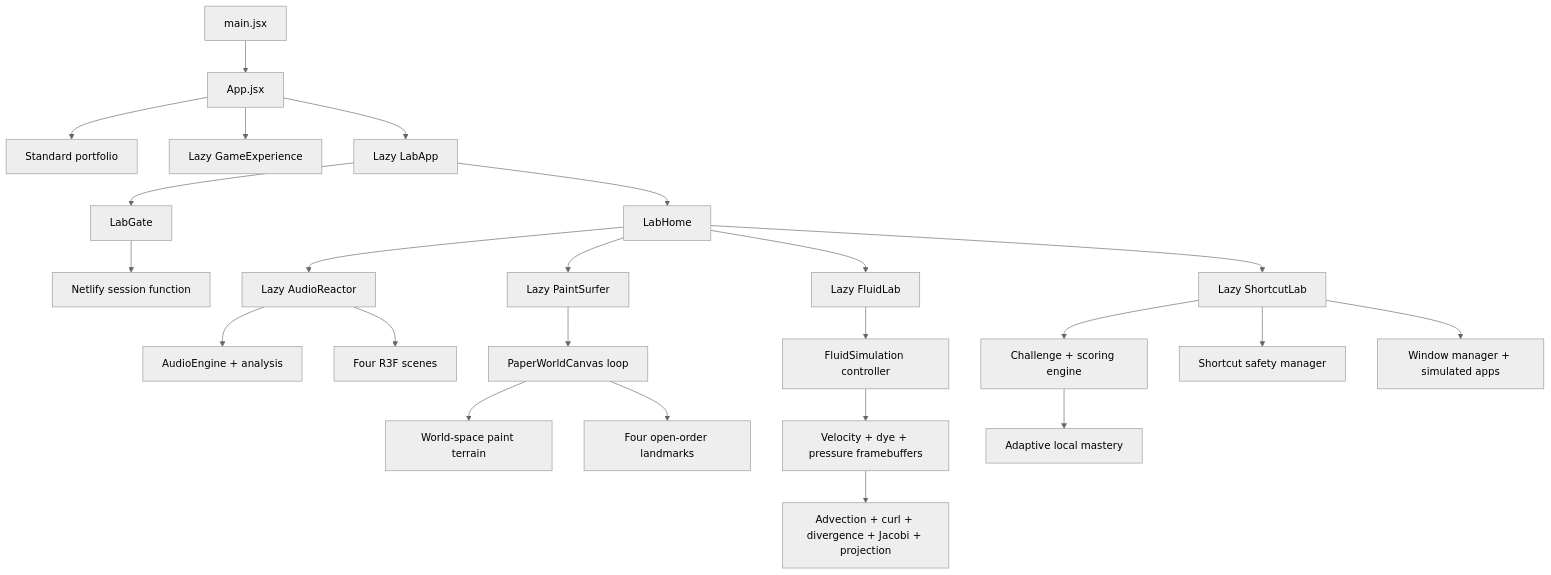
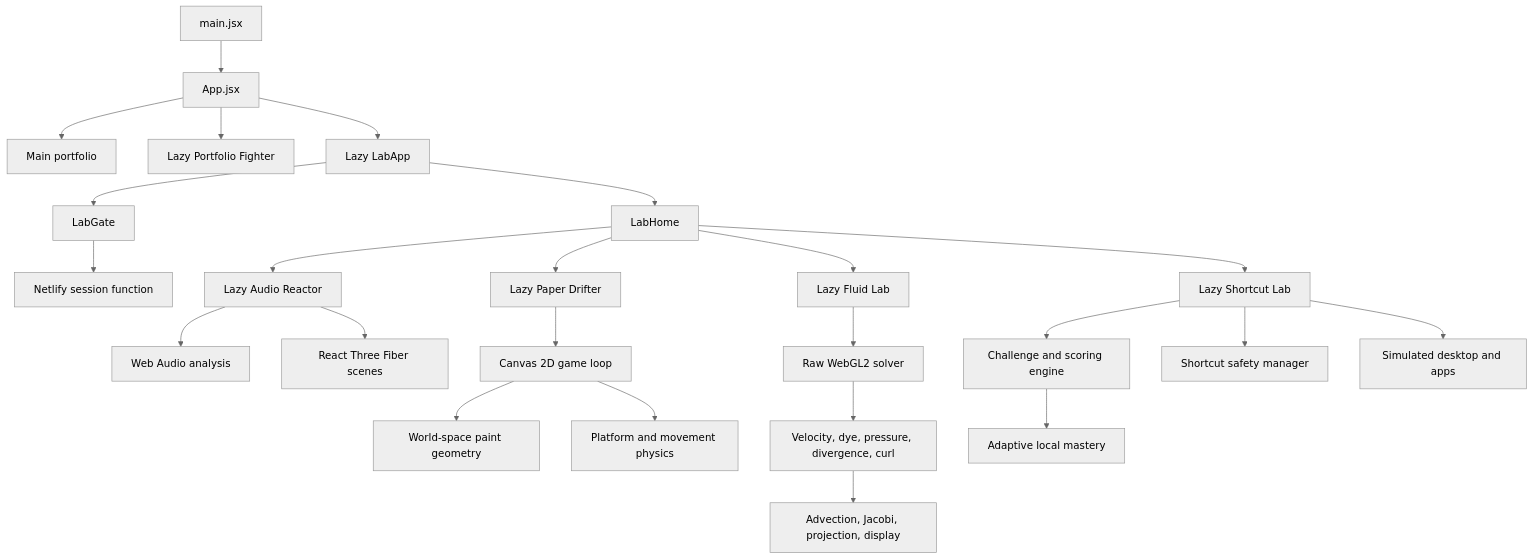
One commit to Priitivi/Portfolio changed the diagram in README.md. Above: the diagram before and after it, drawn with Mermaid (neutral theme). The commit also changed other lines of this file, not shown here.

````diff
--- a/README.md
+++ b/README.md
@@ -50,26 +157,33 @@
 ```mermaid
 flowchart TD
     Entry[main.jsx] --> App[App.jsx]
-    App --> Portfolio[Standard portfolio]
-    App --> Fighter[Lazy GameExperience]
+
+    App --> Portfolio[Main portfolio]
+    App --> Fighter[Lazy Portfolio Fighter]
     App --> Lab[Lazy LabApp]
+
     Lab --> Gate[LabGate]
     Gate --> Session[Netlify session function]
     Lab --> Dashboard[LabHome]
-    Dashboard --> Reactor[Lazy AudioReactor]
-    Dashboard --> Painter[Lazy PaintSurfer]
-    Dashboard --> Fluid[Lazy FluidLab]
-    Dashboard --> Shortcuts[Lazy ShortcutLab]
-    Reactor --> WebAudio[AudioEngine + analysis]
-    Reactor --> ReactorScene[Four R3F scenes]
-    Painter --> PaperCanvas[PaperWorldCanvas loop]
-    PaperCanvas --> Drawing[World-space paint terrain]
-    PaperCanvas --> Story[Four open-order landmarks]
-    Fluid --> Solver[FluidSimulation controller]
-    Solver --> Fields[Velocity + dye + pressure framebuffers]
-    Fields --> Passes[Advection + curl + divergence + Jacobi + projection]
-    Shortcuts --> ShortcutEngine[Challenge + scoring engine]
-    Shortcuts --> SafeInput[Shortcut safety manager]
-    Shortcuts --> FakeDesktop[Window manager + simulated apps]
-    ShortcutEngine --> LocalMastery[Adaptive local mastery]
+
+    Dashboard --> Audio[Lazy Audio Reactor]
+    Dashboard --> Drifter[Lazy Paper Drifter]
+    Dashboard --> Fluid[Lazy Fluid Lab]
+    Dashboard --> Shortcuts[Lazy Shortcut Lab]
+
+    Audio --> WebAudio[Web Audio analysis]
+    Audio --> R3F[React Three Fiber scenes]
+
+    Drifter --> Canvas[Canvas 2D game loop]
+    Canvas --> Paint[World-space paint geometry]
+    Canvas --> Physics[Platform and movement physics]
+
+    Fluid --> WebGL[Raw WebGL2 solver]
+    WebGL --> Fields[Velocity, dye, pressure, divergence, curl]
+    Fields --> Passes[Advection, Jacobi, projection, display]
+
+    Shortcuts --> Engine[Challenge and scoring engine]
+    Shortcuts --> Safety[Shortcut safety manager]
+    Shortcuts --> Desktop[Simulated desktop and apps]
+    Engine --> Mastery[Adaptive local mastery]
 ```
````
